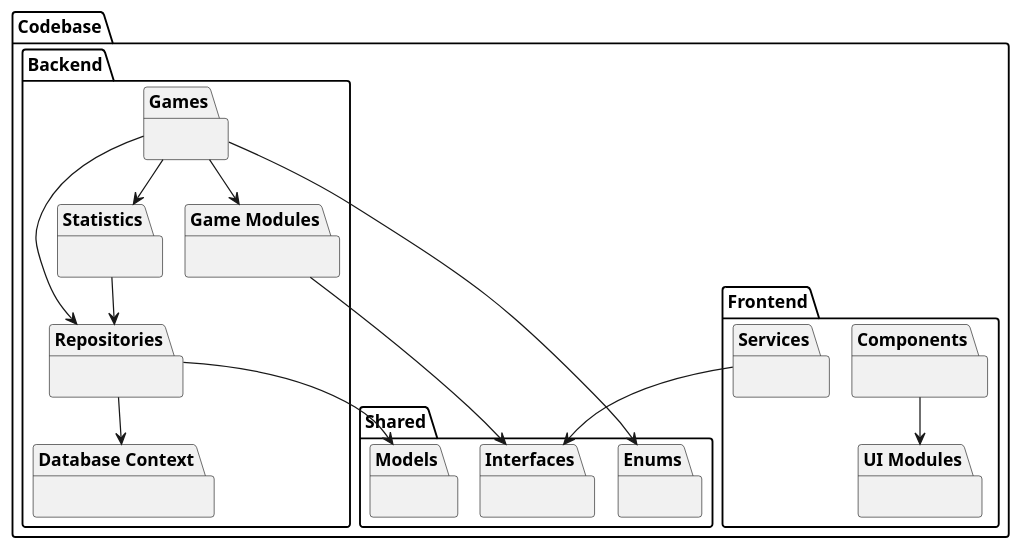
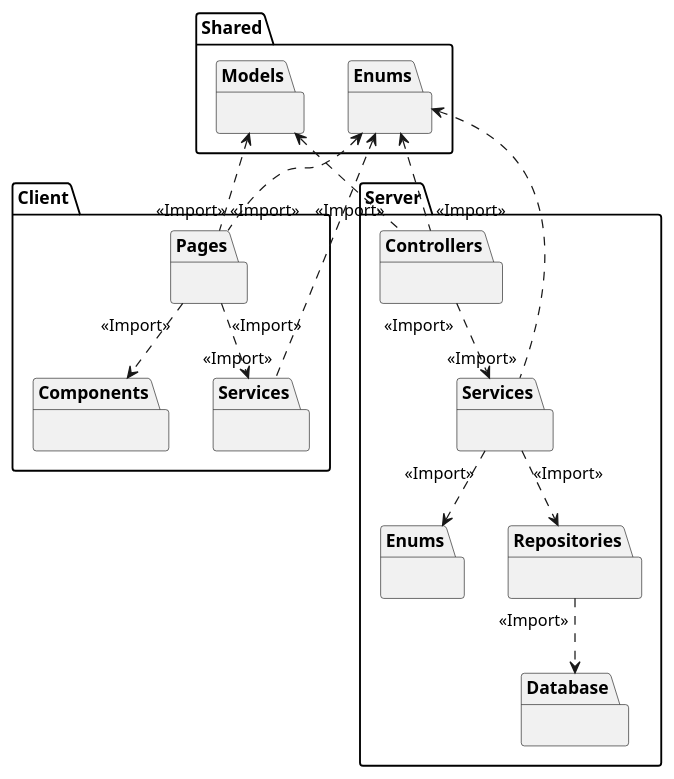
One commit to Cryptic5/itsSoOverlief changed the diagram in Diagrams/packages/united_package_diagram.puml. Above: the diagram before and after it, drawn with PlantUML. The commit also changed 1 other file, not shown here.

Commit message:
diagram: updated package diagram.

```diff
--- a/Diagrams/packages/united_package_diagram.puml
+++ b/Diagrams/packages/united_package_diagram.puml
@@ -1,41 +1,54 @@
 @startuml United Package Diagram
-!pragma layout smetana
+'!pragma layout smetana
 
-package "Codebase" {
-    
-    package "Frontend" {
+    package "Client" {
         package "Components" {}
-        package "UI Modules" {}
+        package "Pages" {}
         package "Services" {}
 
         
     }
 
-    package "Backend" {
-        package "Game Modules" {}
+    package "Server" {
+        package "Controllers" {}
+        package "Services" {}
+        package "Enums" {}
         package "Repositories" {}
-        package "Database Context" {}
-        package "Statistics" {}
-        package "Games" {}
+        package "Database" {}
     }
+
+
 
     package "Shared" {
         package "Enums" {}
-        package "Interfaces" {}
         package "Models" {}
     }
 
-    "Game Modules" --> "Interfaces"
-    "Repositories" --> "Models"
-    "Games" --> "Statistics"
-    "Games" --> "Game Modules"
-    "Games" --> "Repositories" 
-    "Services" -->  "Interfaces"
-    "Repositories" --> "Database Context"
-    "Games" --> "Enums" 
-    "Components" --> "UI Modules" 
-    "Statistics" --> "Repositories" 
-}
+    'lient.Pages -- Server.Controllers
+
+
+    Client.Pages "<<Import>>"..> Client.Components
+    Client.Pages "<<Import>>"..> Client.Services
+
+
+
+    Server.Controllers "<<Import>>"..> Server.Services
+  
+
+    Server.Services "<<Import>>"..> Server.Repositories
+    Server.Services "<<Import>>"..> Server.Enums
+
+    Server.Repositories "<<Import>>"..> Server.Database
+
+    Shared.Models <.."<<Import>>" Client.Pages
+    Shared.Models <.."<<Import>>" Server.Controllers
+
+    Shared.Enums <.."<<Import>>" Client.Pages
+    Shared.Enums <.."<<Import>>" Client.Services
+
+    Shared.Enums <.."<<Import>>" Server.Controllers
+    Shared.Enums <.."<<Import>>" Server.Services
+
 
 
 @enduml
```
